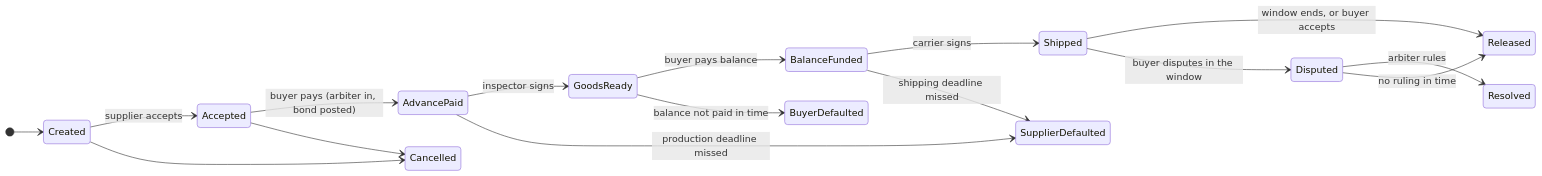
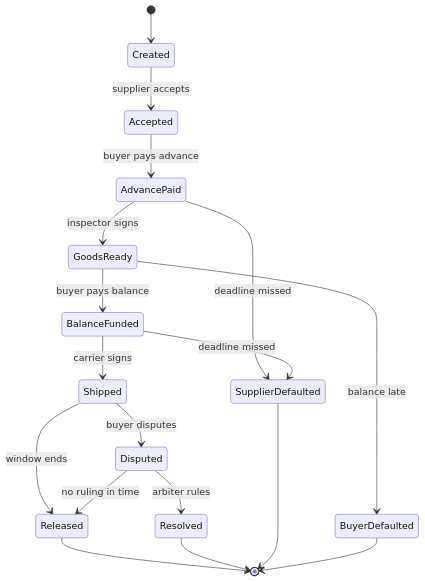
Before and after one commit to farouk-allani/wasit: the second of 2 diagrams in README.md, drawn with Mermaid. The commit also changed other lines of this file, not shown here.

Commit message:
docs: readme diagrams readable at GitHub's width, steps spelled out

````diff
--- a/README.md
+++ b/README.md
@@ -94,19 +108,20 @@
 ```mermaid
 stateDiagram-v2
-    direction LR
     [*] --> Created
     Created --> Accepted: supplier accepts
-    Accepted --> AdvancePaid: buyer pays (arbiter in, bond posted)
+    Accepted --> AdvancePaid: buyer pays advance
     AdvancePaid --> GoodsReady: inspector signs
     GoodsReady --> BalanceFunded: buyer pays balance
     BalanceFunded --> Shipped: carrier signs
-    Shipped --> Released: window ends, or buyer accepts
-    Shipped --> Disputed: buyer disputes in the window
+    Shipped --> Released: window ends
+    Shipped --> Disputed: buyer disputes
     Disputed --> Resolved: arbiter rules
     Disputed --> Released: no ruling in time
-    AdvancePaid --> SupplierDefaulted: production deadline missed
-    BalanceFunded --> SupplierDefaulted: shipping deadline missed
-    GoodsReady --> BuyerDefaulted: balance not paid in time
-    Created --> Cancelled
-    Accepted --> Cancelled
+    AdvancePaid --> SupplierDefaulted: deadline missed
+    BalanceFunded --> SupplierDefaulted: deadline missed
+    GoodsReady --> BuyerDefaulted: balance late
+    Released --> [*]
+    Resolved --> [*]
+    SupplierDefaulted --> [*]
+    BuyerDefaulted --> [*]
 ```
````
